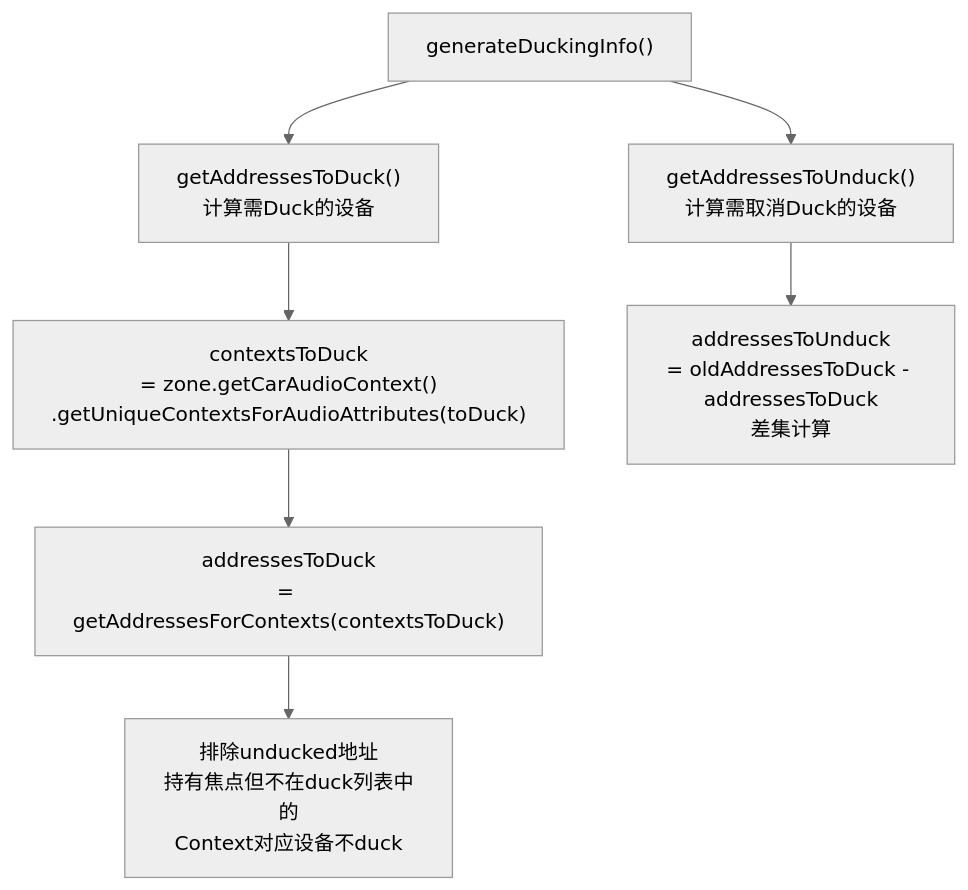
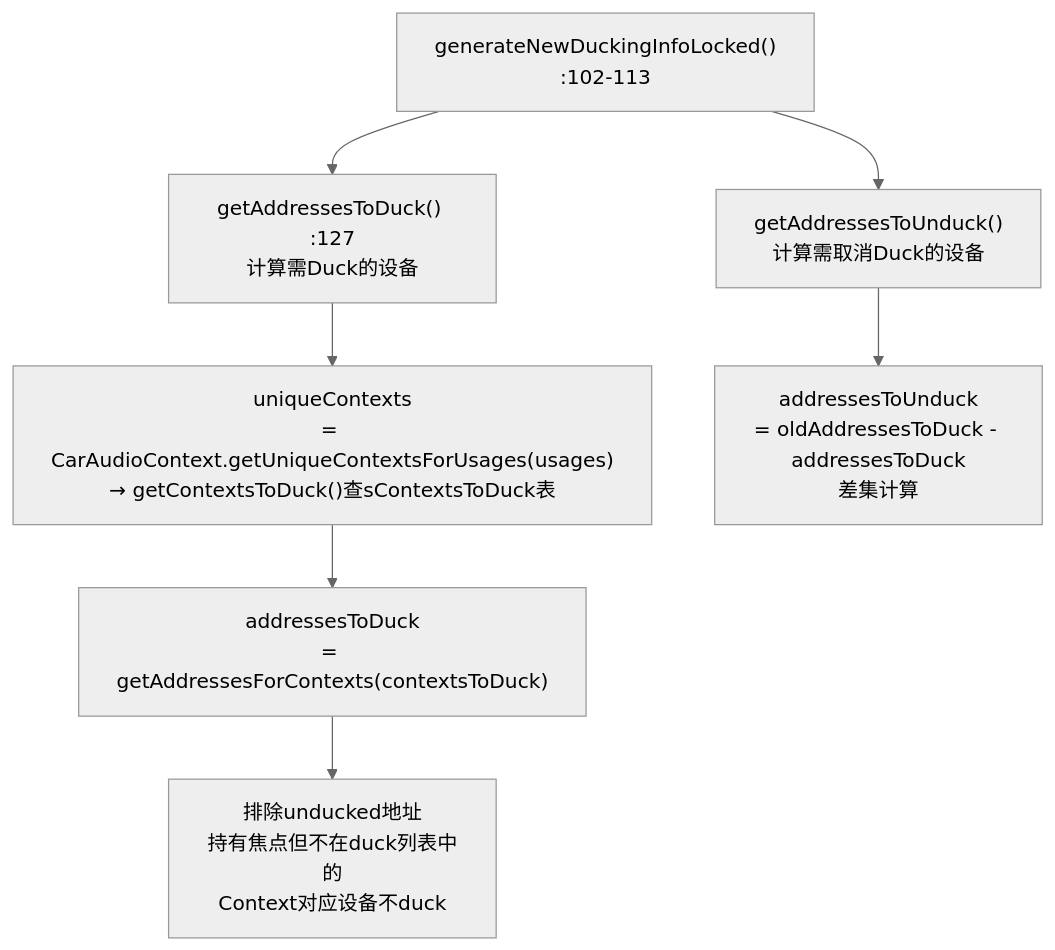
The third of 5 diagrams in 10_AudioControl_HAL/10_10.4_Ducking机制.md (yanglinzhen1022/SA8295_AAOS_QNX_Audio_KnowledgeBase), drawn with Mermaid (neutral theme) before and after one commit. The commit also changed other lines of this file and 16 other files, not shown here.

````diff
--- a/10_AudioControl_HAL/10_10.4_Ducking机制.md
+++ b/10_AudioControl_HAL/10_10.4_Ducking机制.md
@@ -71,9 +86,9 @@
 ```mermaid
 flowchart TB
-    START["generateDuckingInfo()"] --> ADDRS_DUCK["getAddressesToDuck()<br>计算需Duck的设备"]
+    START["generateNewDuckingInfoLocked()<br>:102-113"] --> ADDRS_DUCK["getAddressesToDuck() :127<br>计算需Duck的设备"]
     START --> ADDRS_UNDUCK["getAddressesToUnduck()<br>计算需取消Duck的设备"]
-    ADDRS_DUCK --> CTX_DUCK["contextsToDuck<br>= zone.getCarAudioContext()<br>.getUniqueContextsForAudioAttributes(toDuck)"]
+    ADDRS_DUCK --> CTX_DUCK["uniqueContexts<br>= CarAudioContext.getUniqueContextsForUsages(usages)<br>→ getContextsToDuck()查sContextsToDuck表"]
     CTX_DUCK --> ADDR_DUCK_SET["addressesToDuck<br>= getAddressesForContexts(contextsToDuck)"]
     ADDR_DUCK_SET --> UNDUCKED["排除unducked地址<br>持有焦点但不在duck列表中的<br>Context对应设备不duck"]
     ADDRS_UNDUCK --> DIFF["addressesToUnduck<br>= oldAddressesToDuck - addressesToDuck<br>差集计算"]
 ```
````
